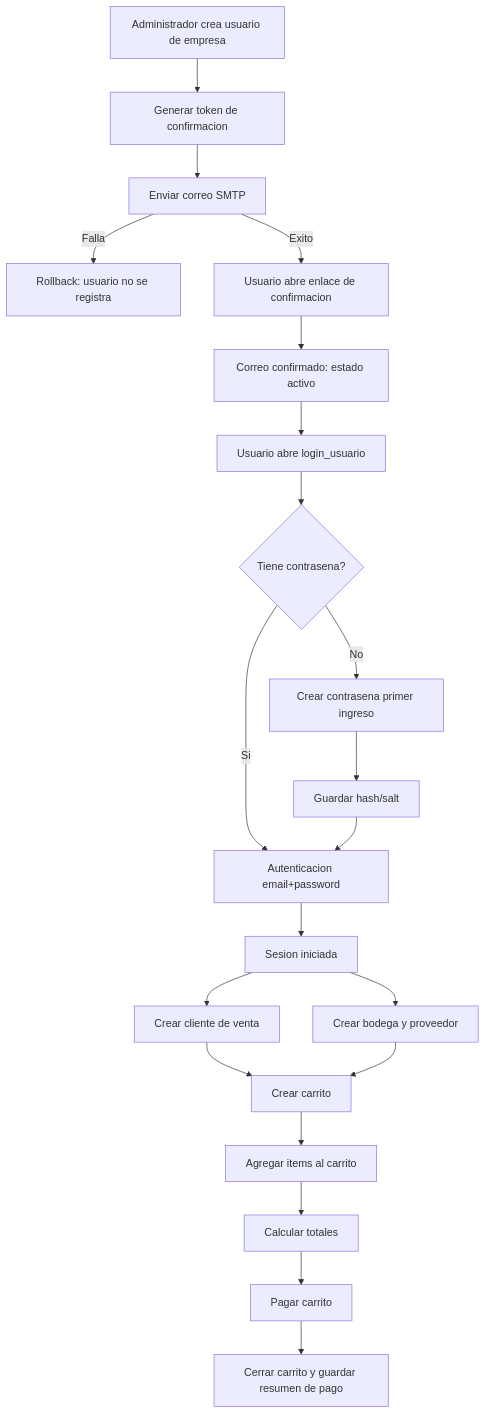
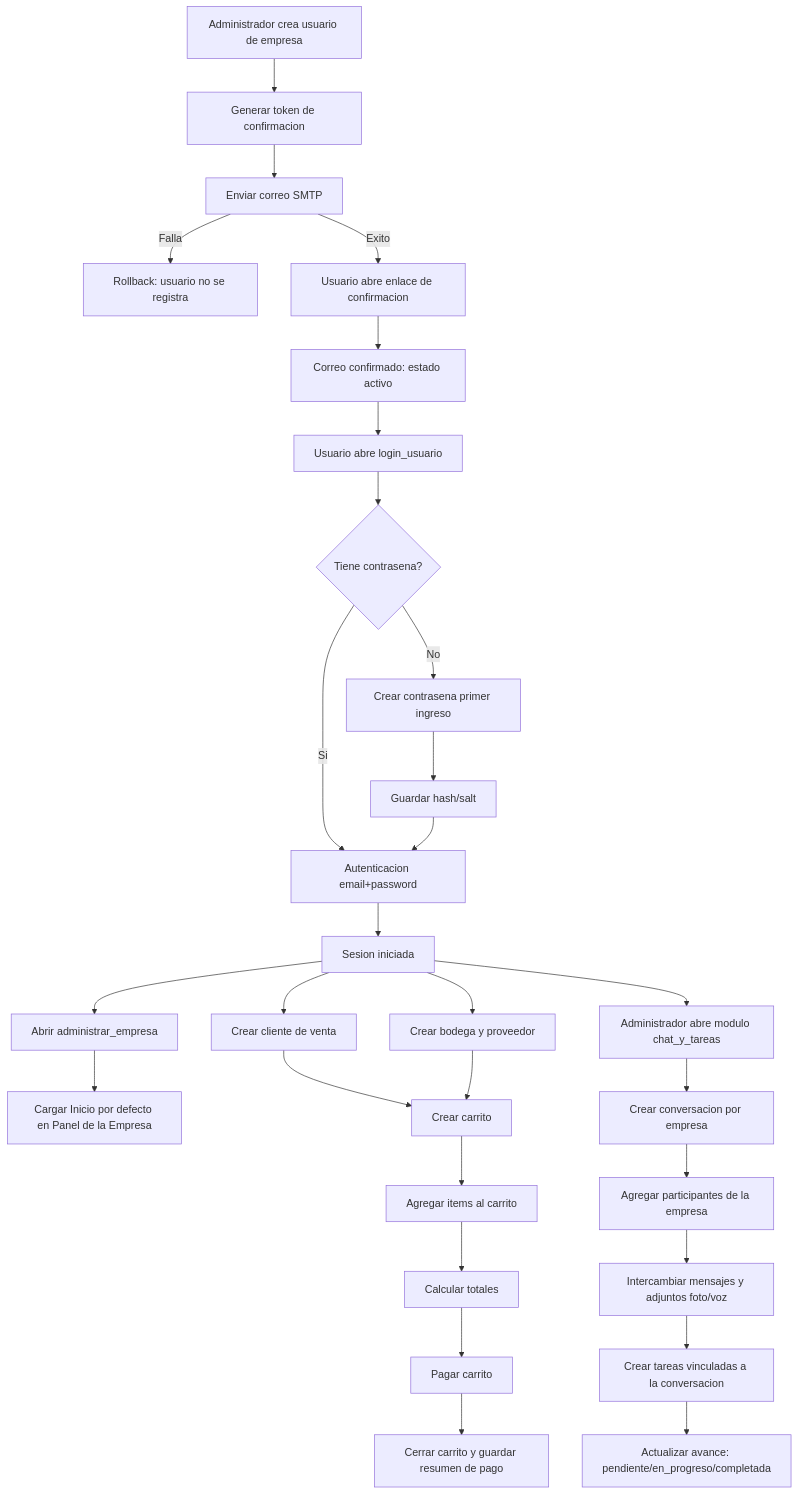
The diagram in documentos/diagramas/diagrama_flujo_procesos.md (powerfulcontrolsystem1/powerfulcontrolsystem), drawn with Mermaid before and after one commit. The commit also changed other lines of this file and 20 other files, not shown here.

````diff
--- a/documentos/diagramas/diagrama_flujo_procesos.md
+++ b/documentos/diagramas/diagrama_flujo_procesos.md
@@ -5,24 +5,34 @@
 ```mermaid
 flowchart TD
     A[Administrador crea usuario de empresa] --> B[Generar token de confirmacion]
     B --> C[Enviar correo SMTP]
     C -->|Falla| D[Rollback: usuario no se registra]
     C -->|Exito| E[Usuario abre enlace de confirmacion]
     E --> F[Correo confirmado: estado activo]
     F --> G[Usuario abre login_usuario]
     G --> H{Tiene contrasena?}
     H -->|No| I[Crear contrasena primer ingreso]
     I --> J[Guardar hash/salt]
     H -->|Si| K[Autenticacion email+password]
     J --> K
     K --> L[Sesion iniciada]
 
+    L --> L0[Abrir administrar_empresa]
+    L0 --> L1[Cargar Inicio por defecto en Panel de la Empresa]
+
     L --> M[Crear cliente de venta]
     L --> N[Crear bodega y proveedor]
     M --> O[Crear carrito]
     N --> O
     O --> P[Agregar items al carrito]
     P --> Q[Calcular totales]
     Q --> R[Pagar carrito]
     R --> S[Cerrar carrito y guardar resumen de pago]
+
+    L --> T[Administrador abre modulo chat_y_tareas]
+    T --> U[Crear conversacion por empresa]
+    U --> V[Agregar participantes de la empresa]
+    V --> W[Intercambiar mensajes y adjuntos foto/voz]
+    W --> X[Crear tareas vinculadas a la conversacion]
+    X --> Y[Actualizar avance: pendiente/en_progreso/completada]
 ```
````
